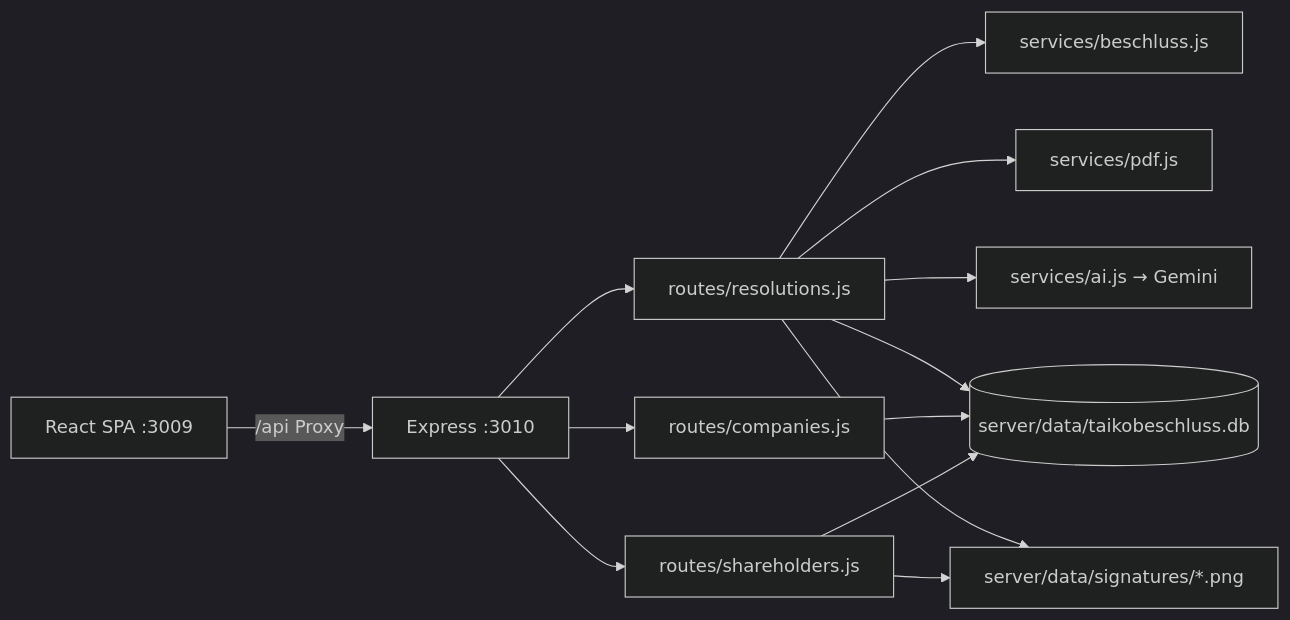
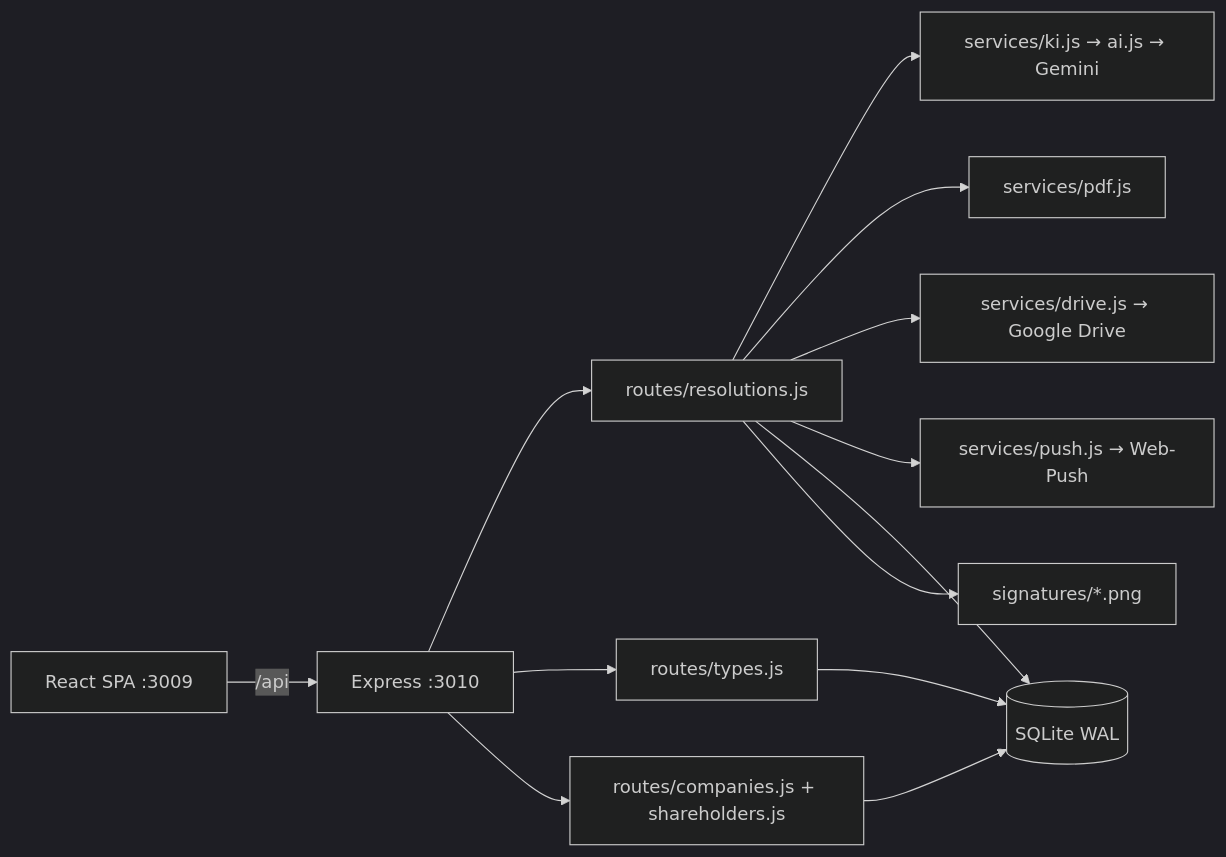
One commit to Propman4k/TaikoBeschluss changed the first of 2 diagrams in CODE_HEALTH_REPORT.md. Above: the diagram before and after it, drawn with Mermaid (dark theme). The commit also changed other lines of this file, not shown here.

````diff
--- a/CODE_HEALTH_REPORT.md
+++ b/CODE_HEALTH_REPORT.md
@@ -19,12 +43,13 @@
 ```mermaid
 flowchart LR
-  SPA[React SPA :3009] -->|/api Proxy| EX[Express :3010]
-  EX --> R1[routes/resolutions.js]
-  EX --> R2[routes/companies.js]
-  EX --> R3[routes/shareholders.js]
-  R1 --> S1[services/beschluss.js]
-  R1 --> S2[services/pdf.js]
-  R1 --> S3[services/ai.js → Gemini]
-  R1 & R2 & R3 --> DB[(server/data/taikobeschluss.db)]
-  R1 & R3 --> FS[server/data/signatures/*.png]
+  SPA[React SPA :3009] -->|/api| EX[Express :3010]
+  EX --> RES[routes/resolutions.js]
+  EX --> TYP[routes/types.js]
+  EX --> CO[routes/companies.js + shareholders.js]
+  RES --> KI[services/ki.js → ai.js → Gemini]
+  RES --> PDF[services/pdf.js]
+  RES --> DRV[services/drive.js → Google Drive]
+  RES --> PUSH[services/push.js → Web-Push]
+  RES & TYP & CO --> DB[(SQLite WAL)]
+  RES --> FS[signatures/*.png]
 ```
````
